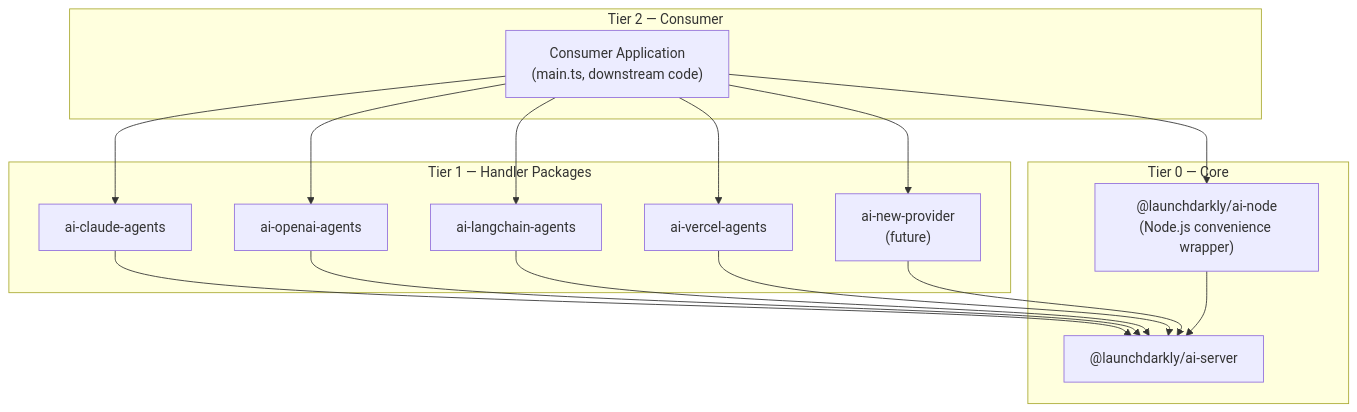
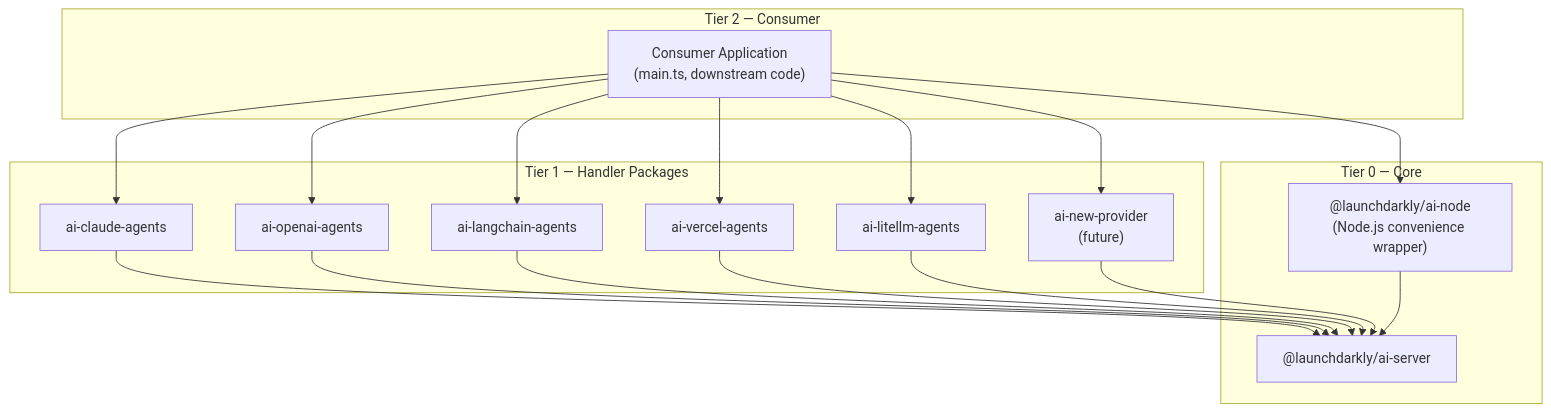
One commit to launchdarkly/js-ai-sdk changed the diagram in AGENTS.md. Above: the diagram before and after it, drawn with Mermaid. The commit also changed other lines of this file and 35 other files, not shown here.

````diff
--- a/AGENTS.md
+++ b/AGENTS.md
@@ -113,30 +113,33 @@
 ```mermaid
 graph TD
  subgraph tier2 ["Tier 2 — Consumer"]
  app["Consumer Application\n(main.ts, downstream code)"]
  end
  subgraph tier1 ["Tier 1 — Handler Packages"]
  claude["ai-claude-agents"]
  openai["ai-openai-agents"]
  langchain["ai-langchain-agents"]
  vercel["ai-vercel-agents"]
+ litellm["ai-litellm-agents"]
  newHandler["ai-new-provider\n(future)"]
  end
  subgraph tier0 ["Tier 0 — Core"]
  ainode["@launchdarkly/ai-node\n(Node.js convenience wrapper)"]
  client["@launchdarkly/ai-server"]
  end
 
  app --> claude
  app --> openai
  app --> langchain
  app --> vercel
+ app --> litellm
  app --> newHandler
  app --> ainode
  claude --> client
  openai --> client
  langchain --> client
  vercel --> client
+ litellm --> client
  newHandler --> client
  ainode --> client
 ```
````
